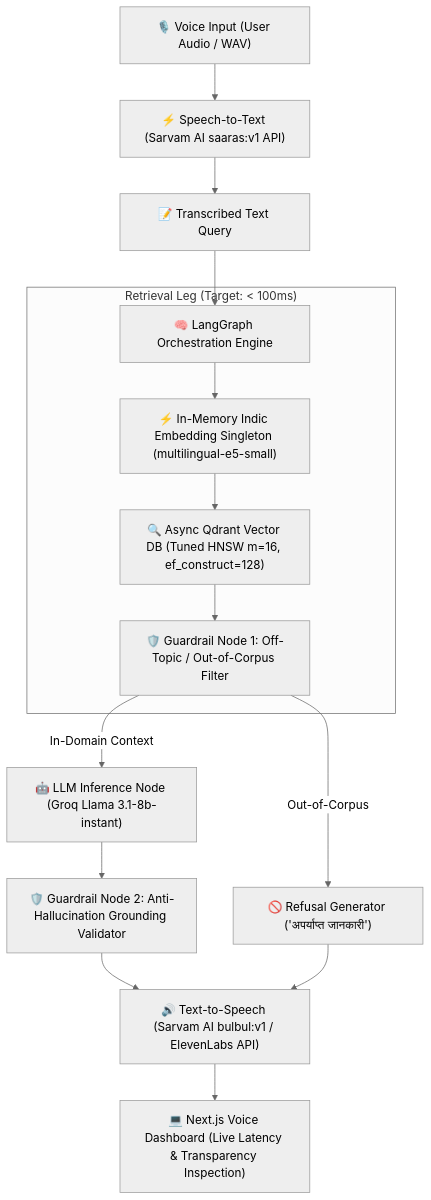
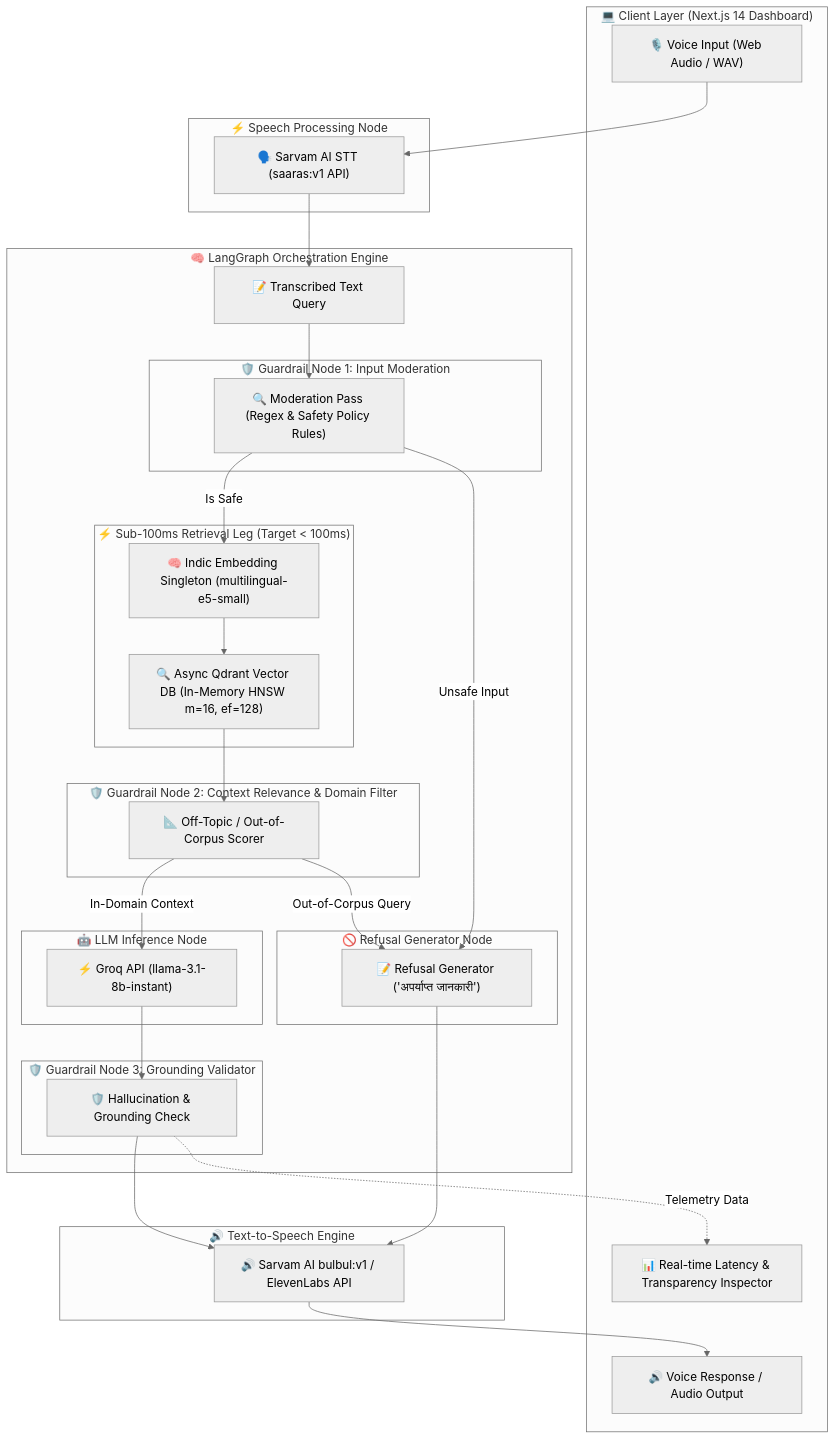
The diagram in README.md (apurvv28/HHGoa-RAGInGoa), drawn with Mermaid (neutral theme) before and after one commit. The commit also changed other lines of this file, not shown here.

````diff
--- a/README.md
+++ b/README.md
@@ -11,20 +15,61 @@
 ```mermaid
 flowchart TD
-    A["🎙️ Voice Input (User Audio / WAV)"] --> B["⚡ Speech-to-Text (Sarvam AI saaras:v1 API)"]
-    B --> C["📝 Transcribed Text Query"]
-    C --> D["🧠 LangGraph Orchestration Engine"]
-    
-    subgraph "Retrieval Leg (Target: < 100ms)"
-        D --> E["⚡ In-Memory Indic Embedding Singleton (multilingual-e5-small)"]
-        E --> F["🔍 Async Qdrant Vector DB (Tuned HNSW m=16, ef_construct=128)"]
-        F --> G["🛡️ Guardrail Node 1: Off-Topic / Out-of-Corpus Filter"]
+    subgraph Client ["💻 Client Layer (Next.js 14 Dashboard)"]
+        A["🎙️ Voice Input (Web Audio / WAV)"]
+        L["🔊 Voice Response / Audio Output"]
+        M["📊 Real-time Latency & Transparency Inspector"]
     end
 
-    G -- "In-Domain Context" --> H["🤖 LLM Inference Node (Groq Llama 3.1-8b-instant)"]
-    G -- "Out-of-Corpus" --> I["🚫 Refusal Generator ('अपर्याप्त जानकारी')"]
-    
-    H --> J["🛡️ Guardrail Node 2: Anti-Hallucination Grounding Validator"]
-    J --> K["🔊 Text-to-Speech (Sarvam AI bulbul:v1 / ElevenLabs API)"]
+    subgraph Speech ["⚡ Speech Processing Node"]
+        B["🗣️ Sarvam AI STT (saaras:v1 API)"]
+    end
+
+    subgraph Engine ["🧠 LangGraph Orchestration Engine"]
+        C["📝 Transcribed Text Query"]
+        
+        subgraph Guardrail1 ["🛡️ Guardrail Node 1: Input Moderation"]
+            G1["🔍 Moderation Pass (Regex & Safety Policy Rules)"]
+        end
+
+        subgraph RetrievalLeg ["⚡ Sub-100ms Retrieval Leg (Target < 100ms)"]
+            E["🧠 Indic Embedding Singleton (multilingual-e5-small)"]
+            F["🔍 Async Qdrant Vector DB (In-Memory HNSW m=16, ef=128)"]
+        end
+
+        subgraph Guardrail2 ["🛡️ Guardrail Node 2: Context Relevance & Domain Filter"]
+            G2["📐 Off-Topic / Out-of-Corpus Scorer"]
+        end
+
+        subgraph LLM ["🤖 LLM Inference Node"]
+            H["⚡ Groq API (llama-3.1-8b-instant)"]
+        end
+
+        subgraph Refusal ["🚫 Refusal Generator Node"]
+            I["📝 Refusal Generator ('अपर्याप्त जानकारी')"]
+        end
+
+        subgraph Guardrail3 ["🛡️ Guardrail Node 3: Grounding Validator"]
+            J["🛡️ Hallucination & Grounding Check"]
+        end
+    end
+
+    subgraph TTS ["🔊 Text-to-Speech Engine"]
+        K["🔊 Sarvam AI bulbul:v1 / ElevenLabs API"]
+    end
+
+    %% Flow Connections
+    A --> B
+    B --> C
+    C --> G1
+    G1 -- "Is Safe" --> E
+    G1 -- "Unsafe Input" --> I
+    E --> F
+    F --> G2
+    G2 -- "In-Domain Context" --> H
+    G2 -- "Out-of-Corpus Query" --> I
+    H --> J
+    J --> K
     I --> K
-    K --> L["💻 Next.js Voice Dashboard (Live Latency & Transparency Inspection)"]
+    K --> L
+    J -. "Telemetry Data" .-> M
 ```
````
